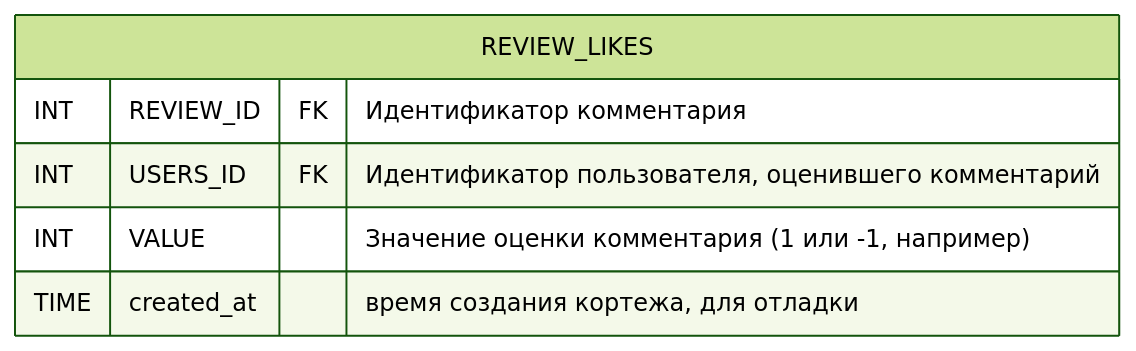
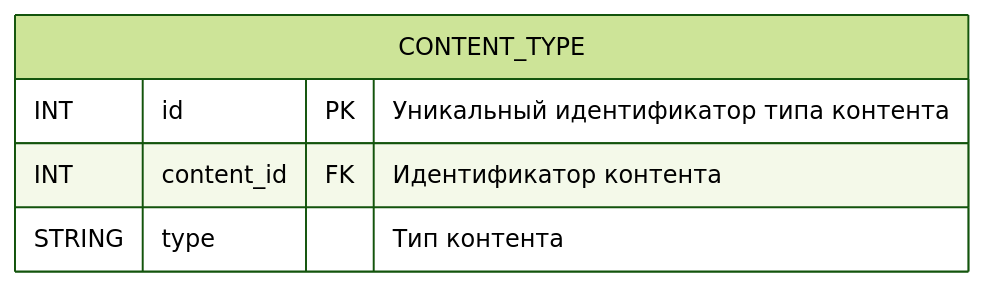
One commit to go-park-mail-ru/2024_1_Cyberkotletki changed diagram 15 of 15 in db/normalized/relations.md. Above: the diagram before and after it, drawn with Mermaid (forest theme). The commit also changed other lines of this file and 3 other files, not shown here.

````diff
--- a/db/normalized/relations.md
+++ b/db/normalized/relations.md
@@ -544,9 +380,8 @@
 ```mermaid
 erDiagram
-    REVIEW_LIKES{
-        INT REVIEW_ID FK "Идентификатор комментария"
-        INT USERS_ID FK "Идентификатор пользователя, оценившего комментарий"
-        INT VALUE "Значение оценки комментария (1 или -1, например)"
-        TIME created_at "время создания кортежа, для отладки"
+    CONTENT_TYPE {
+        INT id PK "Уникальный идентификатор типа контента"
+        INT content_id FK "Идентификатор контента"
+        STRING type "Тип контента"
     }
 ```
````
